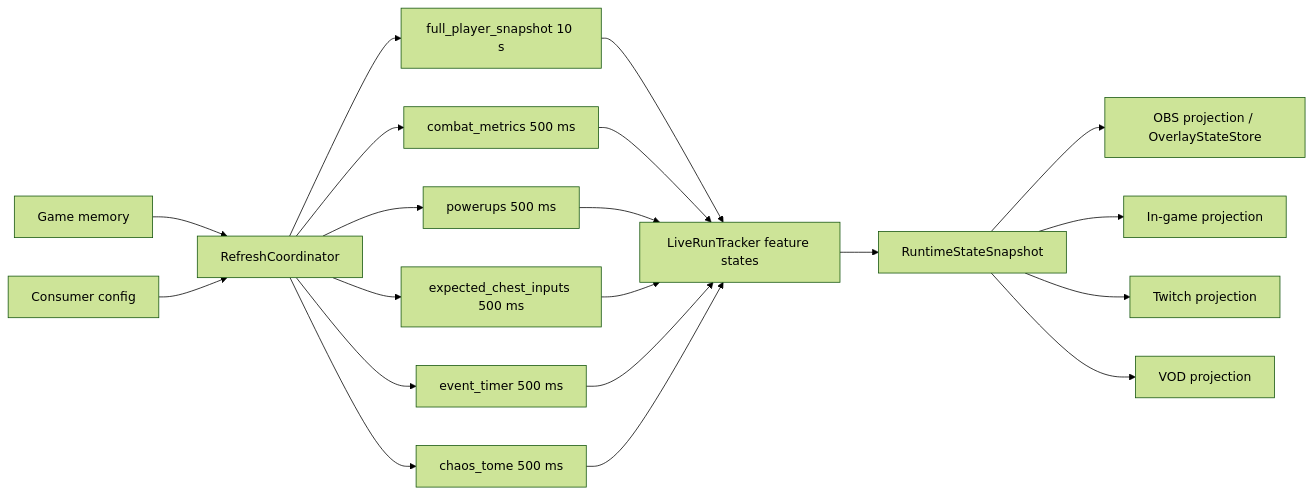
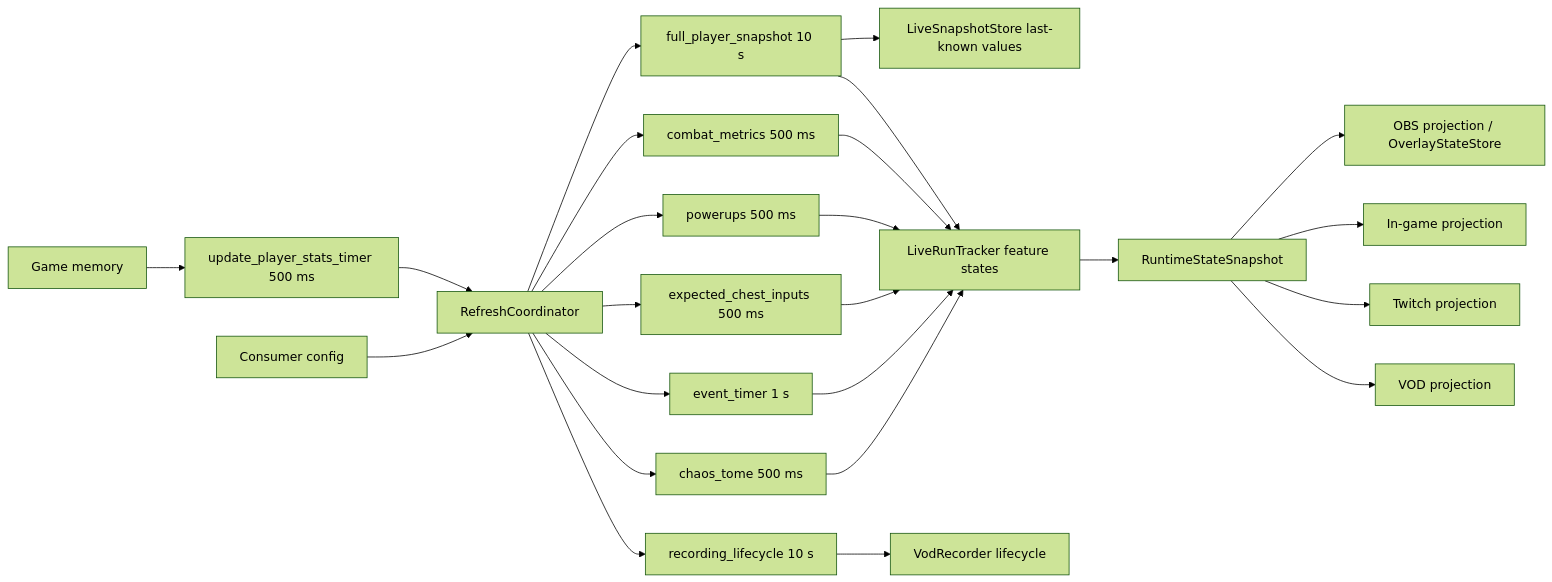
Before and after one commit to ALuiell/BonkScanner: the first of 2 diagrams in docs/design/app/data_flow_architecture.md, drawn with Mermaid (forest theme). The commit also changed other lines of this file and 2 other files, not shown here.

````diff
--- a/docs/design/app/data_flow_architecture.md
+++ b/docs/design/app/data_flow_architecture.md
@@ -8,22 +8,26 @@
 ```mermaid
 flowchart LR
-    Memory[Game memory] --> Coordinator[RefreshCoordinator]
+    Memory[Game memory] --> Driver[update_player_stats_timer 500 ms]
+    Driver --> Coordinator[RefreshCoordinator]
     Config[Consumer config] --> Coordinator
+    Coordinator --> Lifecycle[recording_lifecycle 10 s]
     Coordinator --> Slow[full_player_snapshot 10 s]
     Coordinator --> Combat[combat_metrics 500 ms]
     Coordinator --> Powerups[powerups 500 ms]
     Coordinator --> Chests[expected_chest_inputs 500 ms]
-    Coordinator --> Event[event_timer 500 ms]
+    Coordinator --> Event[event_timer 1 s]
     Coordinator --> Chaos[chaos_tome 500 ms]
+    Slow --> Store[LiveSnapshotStore last-known values]
     Slow --> Tracker[LiveRunTracker feature states]
     Combat --> Tracker
     Powerups --> Tracker
     Chests --> Tracker
     Event --> Tracker
     Chaos --> Tracker
+    Lifecycle --> Recorder[VodRecorder lifecycle]
     Tracker --> Snapshot[RuntimeStateSnapshot]
     Snapshot --> OBS[OBS projection / OverlayStateStore]
     Snapshot --> InGame[In-game projection]
     Snapshot --> Twitch[Twitch projection]
     Snapshot --> VOD[VOD projection]
 ```
````
